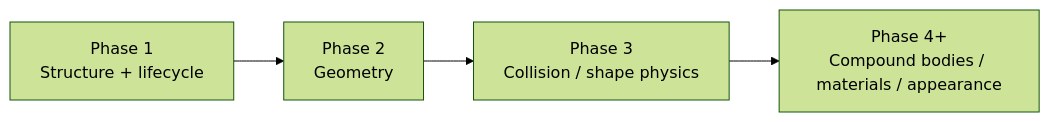
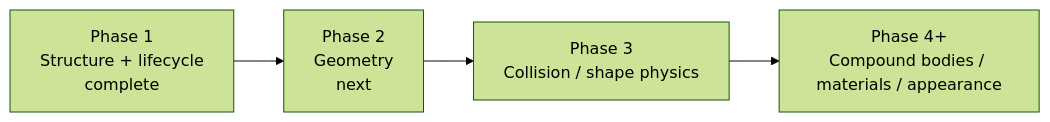
The eighth of 10 diagrams in docs/project/project-map.md (fa-ribeiro/vLab2D), drawn with Mermaid (forest theme) before and after one commit. The commit also changed other lines of this file and 11 other files, not shown here.

Commit message:
refactor(project): consolidate phase one structure

````diff
--- a/docs/project/project-map.md
+++ b/docs/project/project-map.md
@@ -173,9 +202,9 @@
 ```mermaid
 flowchart LR
-    P1["Phase 1<br/>Structure + lifecycle"]
-    P2["Phase 2<br/>Geometry"]
+    P1["Phase 1<br/>Structure + lifecycle<br/>complete"]
+    P2["Phase 2<br/>Geometry<br/>next"]
     P3["Phase 3<br/>Collision / shape physics"]
     P4["Phase 4+<br/>Compound bodies / materials / appearance"]
 
     P1 --> P2 --> P3 --> P4
 ```
````
